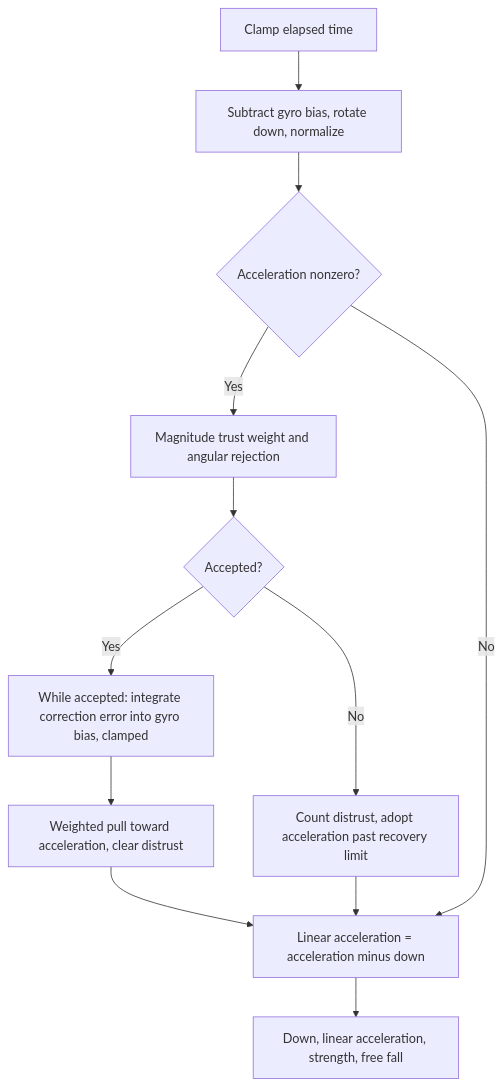
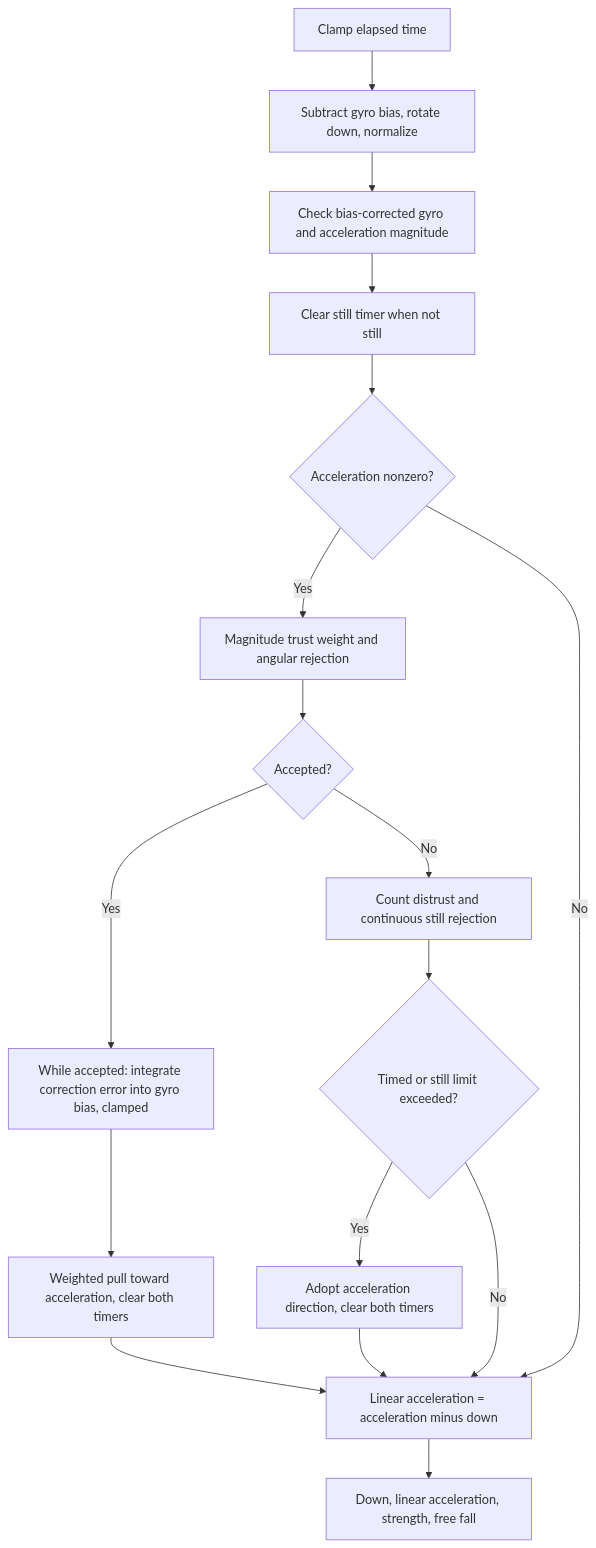
Before and after one commit to jose-villegas/autana: the second of 2 diagrams in docs/notes/Input-and-Sensors.md, drawn with Mermaid. The commit also changed other lines of this file and 11 other files, not shown here.

Commit message:
input: recover still gravity and arm hand-held turn traces

````diff
--- a/docs/notes/Input-and-Sensors.md
+++ b/docs/notes/Input-and-Sensors.md
@@ -244,14 +252,19 @@
 ```mermaid
 flowchart TD
     Clamp[Clamp elapsed time] --> Rotate[Subtract gyro bias, rotate down, normalize]
-    Rotate --> Nonzero{Acceleration nonzero?}
+    Rotate --> Still[Check bias-corrected gyro and acceleration magnitude]
+    Still --> Reset[Clear still timer when not still]
+    Reset --> Nonzero{Acceleration nonzero?}
     Nonzero -->|Yes| Trust[Magnitude trust weight and angular rejection]
     Trust --> Accepted{Accepted?}
     Accepted -->|Yes| Bias[While accepted: integrate correction error into gyro bias, clamped]
-    Accepted -->|No| Recover[Count distrust, adopt acceleration past recovery limit]
-    Bias --> Pull[Weighted pull toward acceleration, clear distrust]
+    Accepted -->|No| Recover[Count distrust and continuous still rejection]
+    Recover --> Deadline{Timed or still limit exceeded?}
+    Deadline -->|Yes| Adopt[Adopt acceleration direction, clear both timers]
+    Deadline -->|No| Linear
+    Bias --> Pull[Weighted pull toward acceleration, clear both timers]
     Pull --> Linear[Linear acceleration = acceleration minus down]
-    Recover --> Linear
+    Adopt --> Linear
     Nonzero -->|No| Linear
     Linear --> Output[Down, linear acceleration, strength, free fall]
 ```
````
